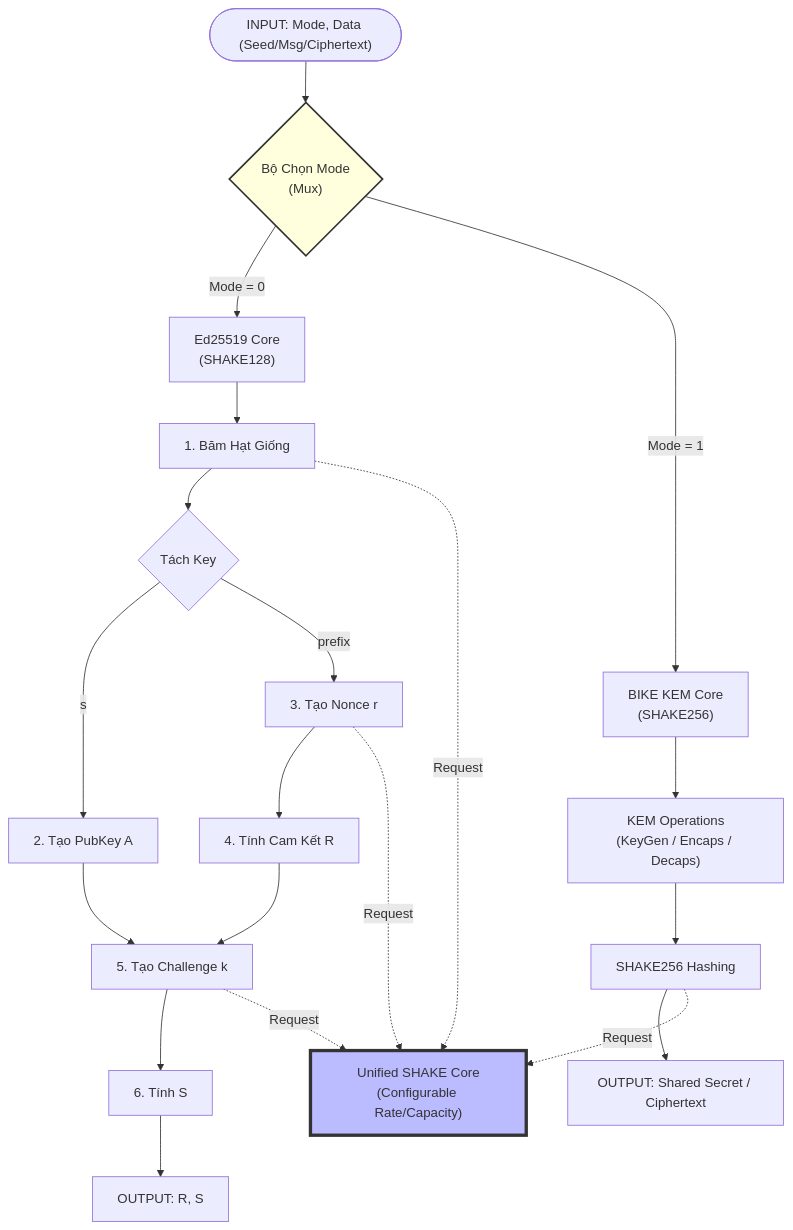
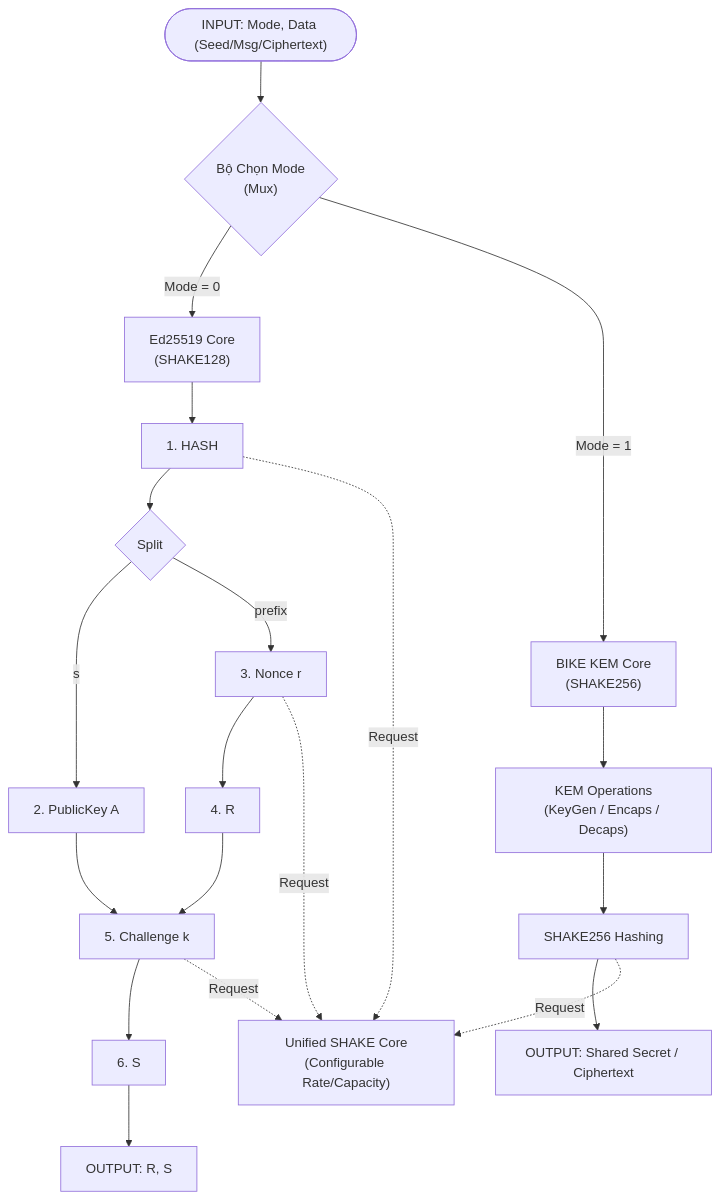
One commit to BAT-LAB69/CRYPTO_SOC changed the diagram in README.md. Above: the diagram before and after it, drawn with Mermaid.

Commit message:
Revise Ed25519 flow labels in README
Updated flow descriptions and labels in the README.

````diff
--- a/README.md
+++ b/README.md
@@ -2,35 +2,32 @@
 ```mermaid
 flowchart TD
     %% System Input
     Input(["INPUT: Mode, Data (Seed/Msg/Ciphertext)"]) --> Mux{"Bộ Chọn Mode<br>(Mux)"}
 
     %% Mode Selection
     Mux -->|Mode = 0| EdFlow["Ed25519 Core\n(SHAKE128)"]
     Mux -->|Mode = 1| KEMFlow["BIKE KEM Core\n(SHAKE256)"]
 
     %% Ed25519 Detailed Flow
-    EdFlow --> HashSeed["1. Băm Hạt Giống"]
-    HashSeed --> Split{Tách Key}
-    Split -->|s| GenPub["2. Tạo PubKey A"]
-    Split -->|prefix| HashNonce["3. Tạo Nonce r"]
-    GenPub --> HashChal["5. Tạo Challenge k"]
-    HashNonce --> GenR["4. Tính Cam Kết R"]
+    EdFlow --> HashSeed["1. HASH"]
+    HashSeed --> Split{Split}
+    Split -->|s| GenPub["2. PublicKey A"]
+    Split -->|prefix| HashNonce["3. Nonce r"]
+    GenPub --> HashChal["5. Challenge k"]
+    HashNonce --> GenR["4. R"]
     GenR --> HashChal
-    HashChal --> CalcS["6. Tính S"]
+    HashChal --> CalcS["6. S"]
     CalcS --> EdOut["OUTPUT: R, S"]
 
     %% KEM Detailed Flow (Placeholder)
     KEMFlow --> KEMOp["KEM Operations\n(KeyGen / Encaps / Decaps)"]
     KEMOp --> KEMHash["SHAKE256 Hashing"]
     KEMHash --> KEMOut["OUTPUT: Shared Secret / Ciphertext"]
 
     %% Unified Keccak Core
     HashSeed -.->|Request| ShakeCore["Unified SHAKE Core\n(Configurable Rate/Capacity)"]
     HashNonce -.->|Request| ShakeCore
     HashChal -.->|Request| ShakeCore
     KEMHash -.->|Request| ShakeCore
 
-    %% Styling
-    style Mux fill:#ffd,stroke:#333,stroke-width:2px
-    style ShakeCore fill:#bbf,stroke:#333,stroke-width:4px
 ```
````
